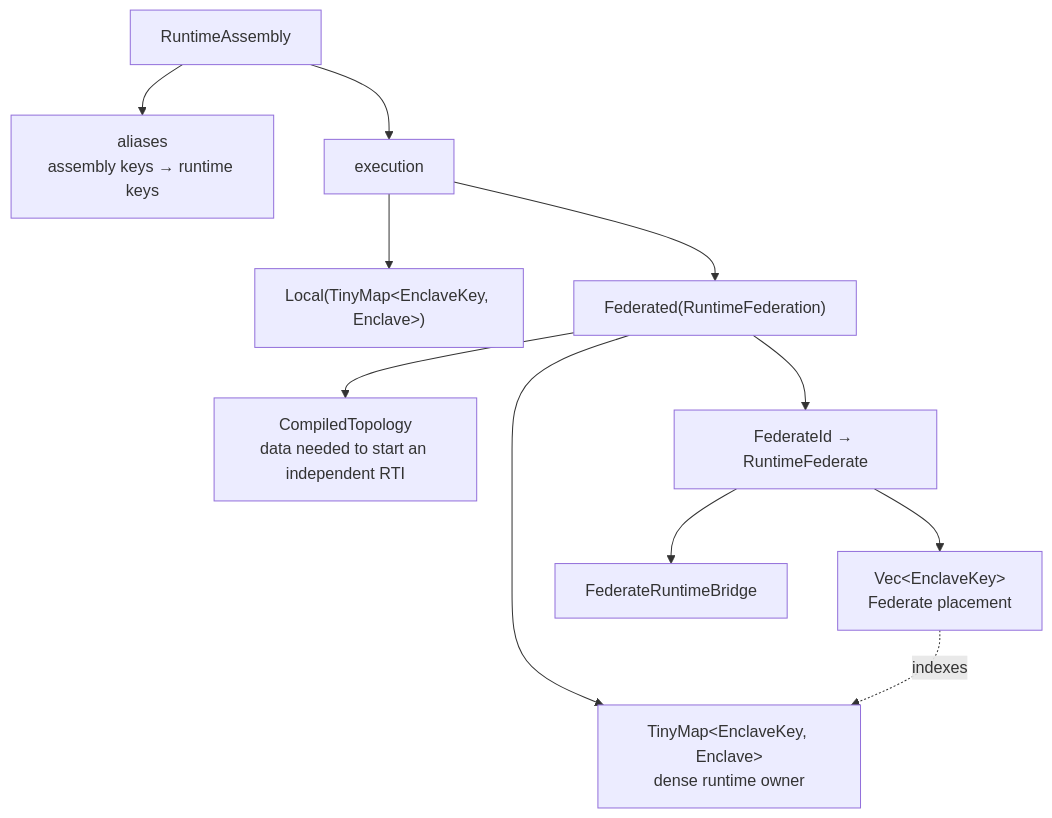
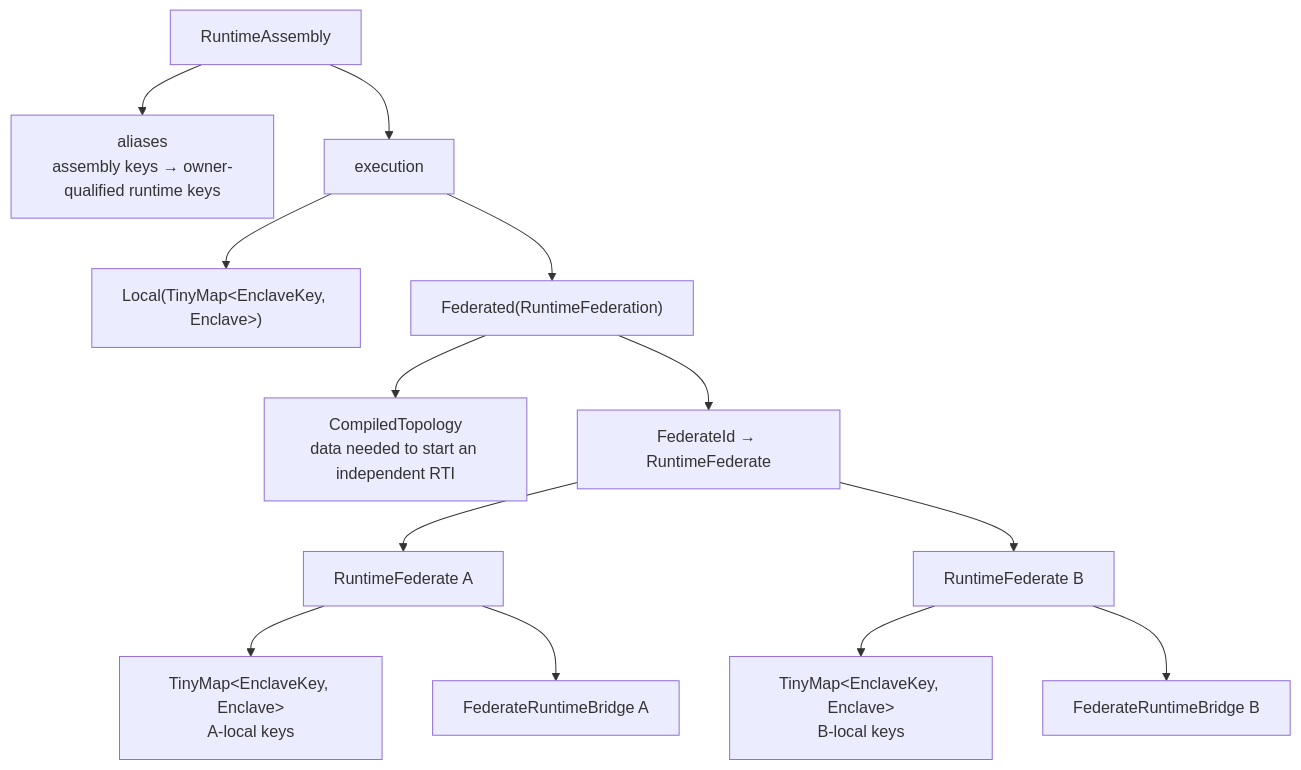
Before and after one commit to jondo2010/boomerang: the second of 2 diagrams in docs/federated-runtime.md, drawn with Mermaid. The commit also changed other lines of this file and 2 other files, not shown here.

Commit message:
docs: describe federate-local enclave ownership

````diff
--- a/docs/federated-runtime.md
+++ b/docs/federated-runtime.md
@@ -51,24 +51,29 @@
 ```mermaid
 flowchart TB
     runtime_assembly["RuntimeAssembly"]
-    aliases["aliases<br/>assembly keys → runtime keys"]
+    aliases["aliases<br/>assembly keys → owner-qualified runtime keys"]
     execution["execution"]
     local["Local(TinyMap&lt;EnclaveKey, Enclave&gt;)"]
     federated["Federated(RuntimeFederation)"]
     topology["CompiledTopology<br/>data needed to start an independent RTI"]
     runtime_federates["FederateId → RuntimeFederate"]
-    runtime_enclaves["TinyMap&lt;EnclaveKey, Enclave&gt;<br/>dense runtime owner"]
-    enclave_keys["Vec&lt;EnclaveKey&gt;<br/>Federate placement"]
-    bridge["FederateRuntimeBridge"]
+    federate_a["RuntimeFederate A"]
+    federate_b["RuntimeFederate B"]
+    enclaves_a["TinyMap&lt;EnclaveKey, Enclave&gt;<br/>A-local keys"]
+    enclaves_b["TinyMap&lt;EnclaveKey, Enclave&gt;<br/>B-local keys"]
+    bridge_a["FederateRuntimeBridge A"]
+    bridge_b["FederateRuntimeBridge B"]
 
     runtime_assembly --> aliases
     runtime_assembly --> execution
     execution --> local
     execution --> federated
     federated --> topology
-    federated --> runtime_enclaves
     federated --> runtime_federates
-    runtime_federates --> enclave_keys
-    runtime_federates --> bridge
-    enclave_keys -. indexes .-> runtime_enclaves
+    runtime_federates --> federate_a
+    runtime_federates --> federate_b
+    federate_a --> enclaves_a
+    federate_b --> enclaves_b
+    federate_a --> bridge_a
+    federate_b --> bridge_b
 ```
````
